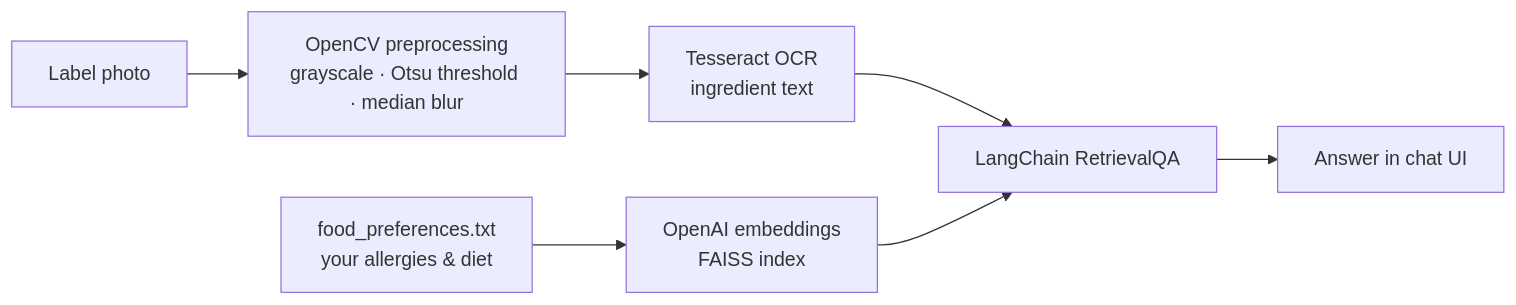
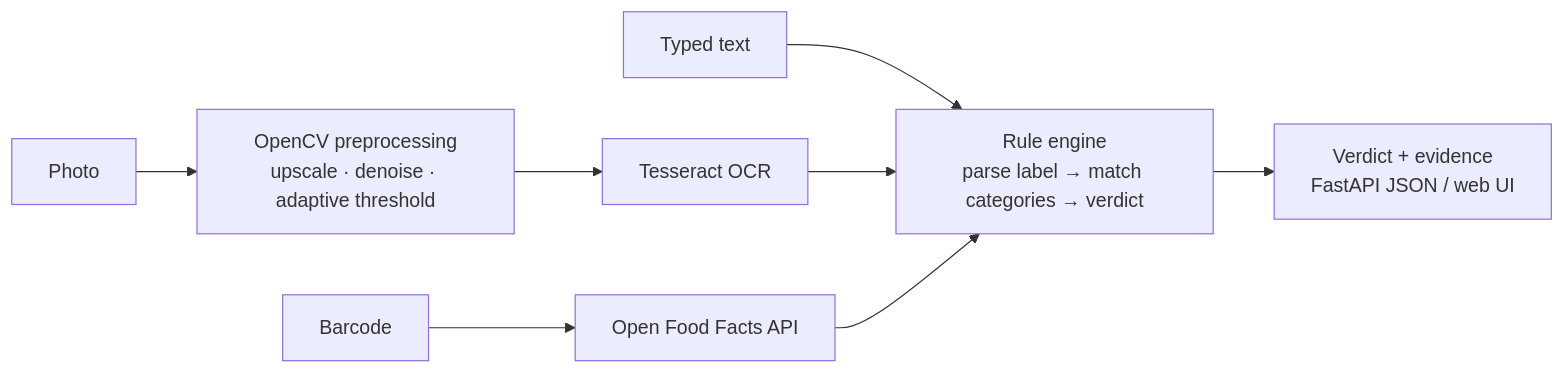
Before and after one commit to ArunaSamhitha/Food-Allergen-Detection-System: the diagram in README.md, drawn with Mermaid. The commit also changed other lines of this file and 24 other files, not shown here.

First line of the commit message:
AllergenCheck v2: rule-based allergen engine, barcode lookup, FastAPI, Docker, CI

````diff
--- a/README.md
+++ b/README.md
@@ -9,9 +26,9 @@
 ```mermaid
 flowchart LR
-    A[Label photo] --> B[OpenCV preprocessing<br/>grayscale · Otsu threshold · median blur]
-    B --> C[Tesseract OCR<br/>ingredient text]
-    C --> D[LangChain RetrievalQA]
-    P[food_preferences.txt<br/>your allergies & diet] --> E[OpenAI embeddings<br/>FAISS index]
-    E --> D
-    D --> F[Answer in chat UI]
+    P[Photo] --> O["OpenCV preprocessing<br/>upscale · denoise · adaptive threshold"] --> T[Tesseract OCR]
+    B[Barcode] --> F[Open Food Facts API]
+    X[Typed text] --> E
+    T --> E["Rule engine<br/>parse label → match categories → verdict"]
+    F --> E
+    E --> R["Verdict + evidence<br/>FastAPI JSON / web UI"]
 ```
````
